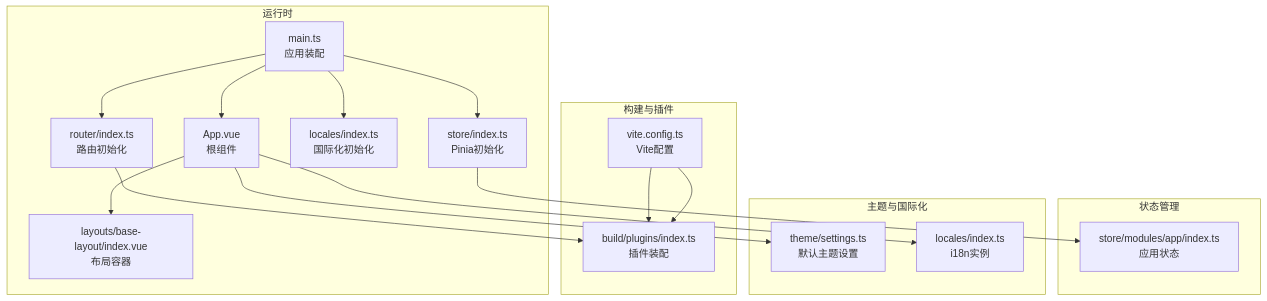
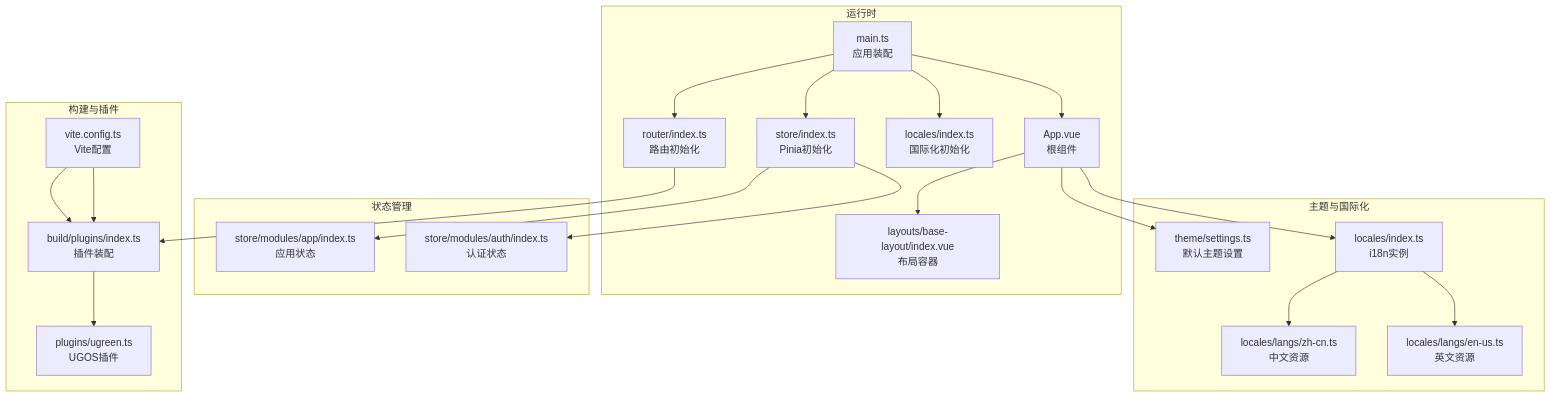
One commit to knifezred/boread changed the second of 11 diagrams in .qoder/repowiki/zh/content/前端开发/前端开发.md. Above: the diagram before and after it, drawn with Mermaid. The commit also changed other lines of this file and 16 other files, not shown here.

````diff
--- a/.qoder/repowiki/zh/content/前端开发/前端开发.md
+++ b/.qoder/repowiki/zh/content/前端开发/前端开发.md
@@ -94,24 +117,30 @@
 ```mermaid
 graph TB
 subgraph "运行时"
 M["main.ts<br/>应用装配"] --> R["router/index.ts<br/>路由初始化"]
 M --> S["store/index.ts<br/>Pinia初始化"]
 M --> L["locales/index.ts<br/>国际化初始化"]
 M --> A["App.vue<br/>根组件"]
 A --> BL["layouts/base-layout/index.vue<br/>布局容器"]
 end
 subgraph "状态管理"
 S --> APP["store/modules/app/index.ts<br/>应用状态"]
+S --> AUTH["store/modules/auth/index.ts<br/>认证状态"]
 end
 subgraph "构建与插件"
 VC["vite.config.ts<br/>Vite配置"] --> BP["build/plugins/index.ts<br/>插件装配"]
+BP --> UGREEN["plugins/ugreen.ts<br/>UGOS插件"]
 end
 subgraph "主题与国际化"
 T["theme/settings.ts<br/>默认主题设置"]
 LO["locales/index.ts<br/>i18n实例"]
+ZH["locales/langs/zh-cn.ts<br/>中文资源"]
+EN["locales/langs/en-us.ts<br/>英文资源"]
 end
 A --> T
 A --> LO
 R --> BP
 VC --> BP
+LO --> ZH
+LO --> EN
 ```
````
